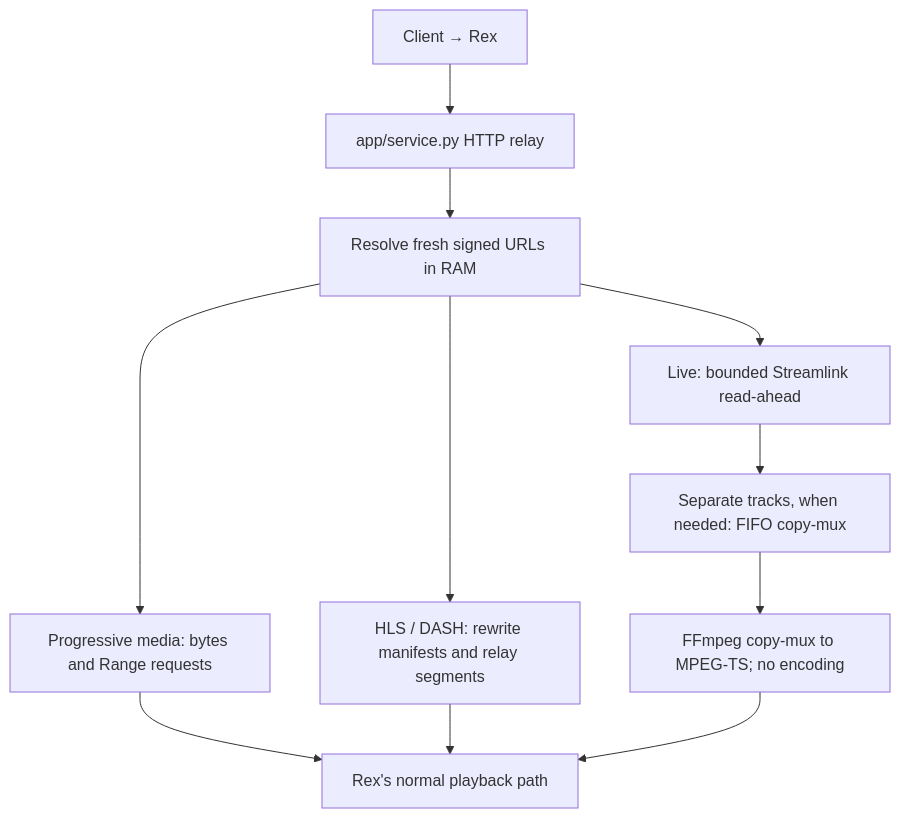
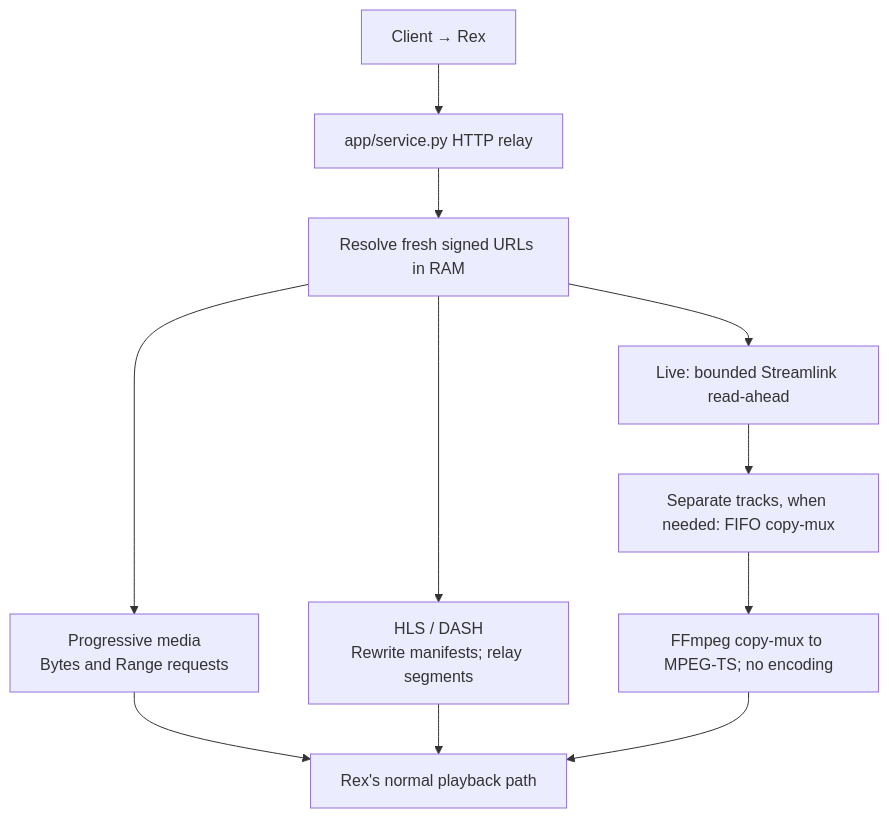
Before and after one commit to bastardsandcheats/rex-youtube: the second of 3 diagrams in docs/ARCHITECTURE.md, drawn with Mermaid. The commit also changed other lines of this file and 2 other files, not shown here.

Commit message:
docs: make architecture and generated diagrams readable on GitHub

````diff
--- a/docs/ARCHITECTURE.md
+++ b/docs/ARCHITECTURE.md
@@ -60,13 +60,13 @@
 ```mermaid
 flowchart TD
     client["Client → Rex"] --> http["app/service.py HTTP relay"]
     http --> fresh["Resolve fresh signed URLs in RAM"]
-    fresh --> progressive["Progressive media: bytes and Range requests"]
-    fresh --> adaptive["HLS / DASH: rewrite manifests and relay segments"]
+    fresh --> progressive["Progressive media<br/>Bytes and Range requests"]
+    fresh --> adaptive["HLS / DASH<br/>Rewrite manifests; relay segments"]
     fresh --> live["Live: bounded Streamlink read-ahead"]
     live --> tracks["Separate tracks, when needed: FIFO copy-mux"]
     tracks --> ts["FFmpeg copy-mux to MPEG-TS; no encoding"]
     progressive --> rex["Rex's normal playback path"]
     adaptive --> rex
     ts --> rex
 ```
````
